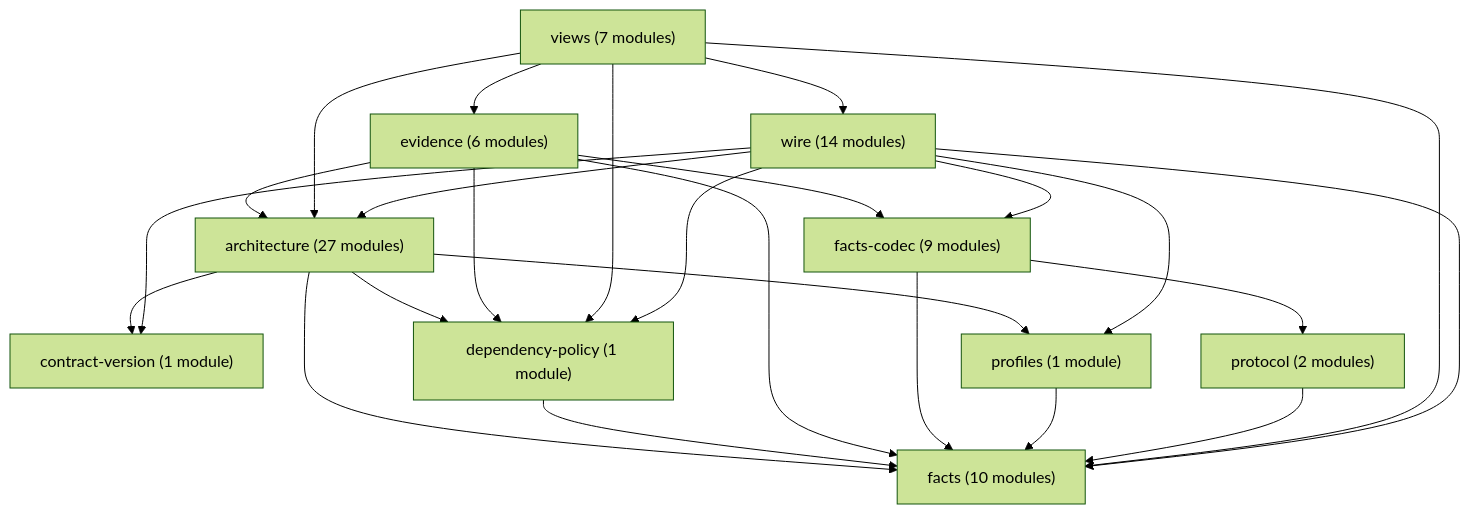
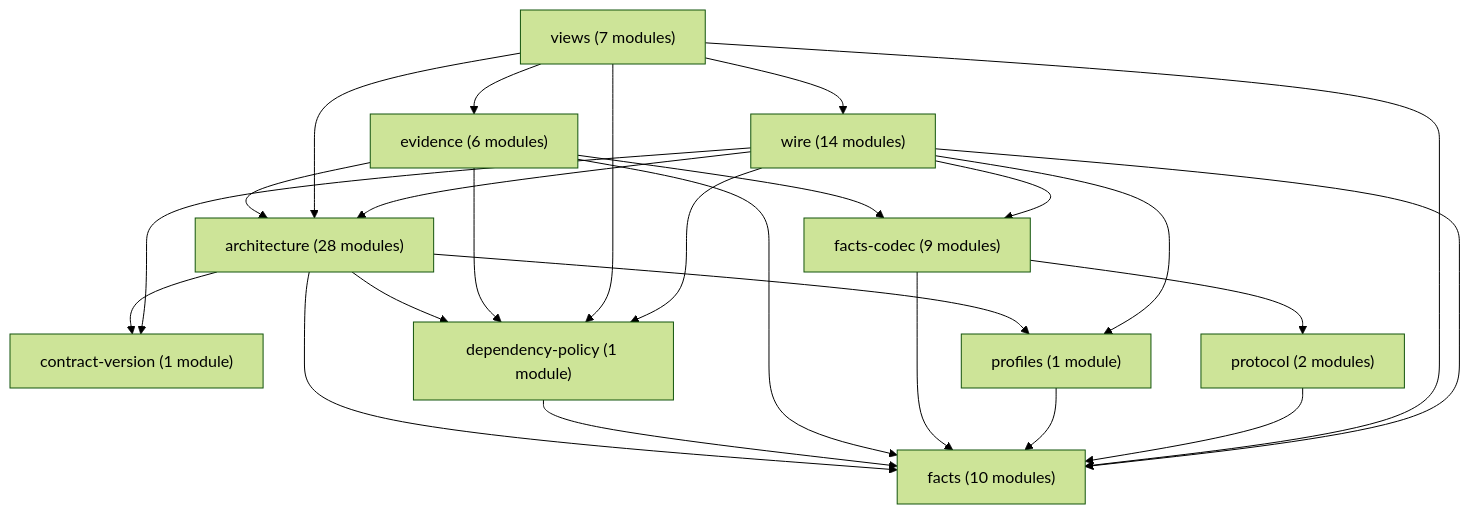
Before and after one commit to rapiddweller/archkeel: the diagram in docs/architecture/ir-owners.md, drawn with Mermaid (forest theme). The commit also changed other lines of this file and 3 other files, not shown here.

````diff
--- a/docs/architecture/ir-owners.md
+++ b/docs/architecture/ir-owners.md
@@ -35,37 +35,37 @@
 ```mermaid
 graph TD
-    n_0["architecture (27 modules)"]
+    n_0["architecture (28 modules)"]
     n_1["contract-version (1 module)"]
     n_2["dependency-policy (1 module)"]
     n_3["evidence (6 modules)"]
     n_4["facts (10 modules)"]
     n_5["facts-codec (9 modules)"]
     n_6["profiles (1 module)"]
     n_7["protocol (2 modules)"]
     n_8["views (7 modules)"]
     n_9["wire (14 modules)"]
     n_0 --> n_1
     n_0 --> n_2
     n_0 --> n_4
     n_0 --> n_6
     n_2 --> n_4
     n_3 --> n_0
     n_3 --> n_2
     n_3 --> n_4
     n_3 --> n_5
     n_5 --> n_4
     n_5 --> n_7
     n_6 --> n_4
     n_7 --> n_4
     n_8 --> n_0
     n_8 --> n_2
     n_8 --> n_3
     n_8 --> n_4
     n_8 --> n_9
     n_9 --> n_0
     n_9 --> n_1
     n_9 --> n_2
     n_9 --> n_4
     n_9 --> n_5
     n_9 --> n_6
 ```
````
